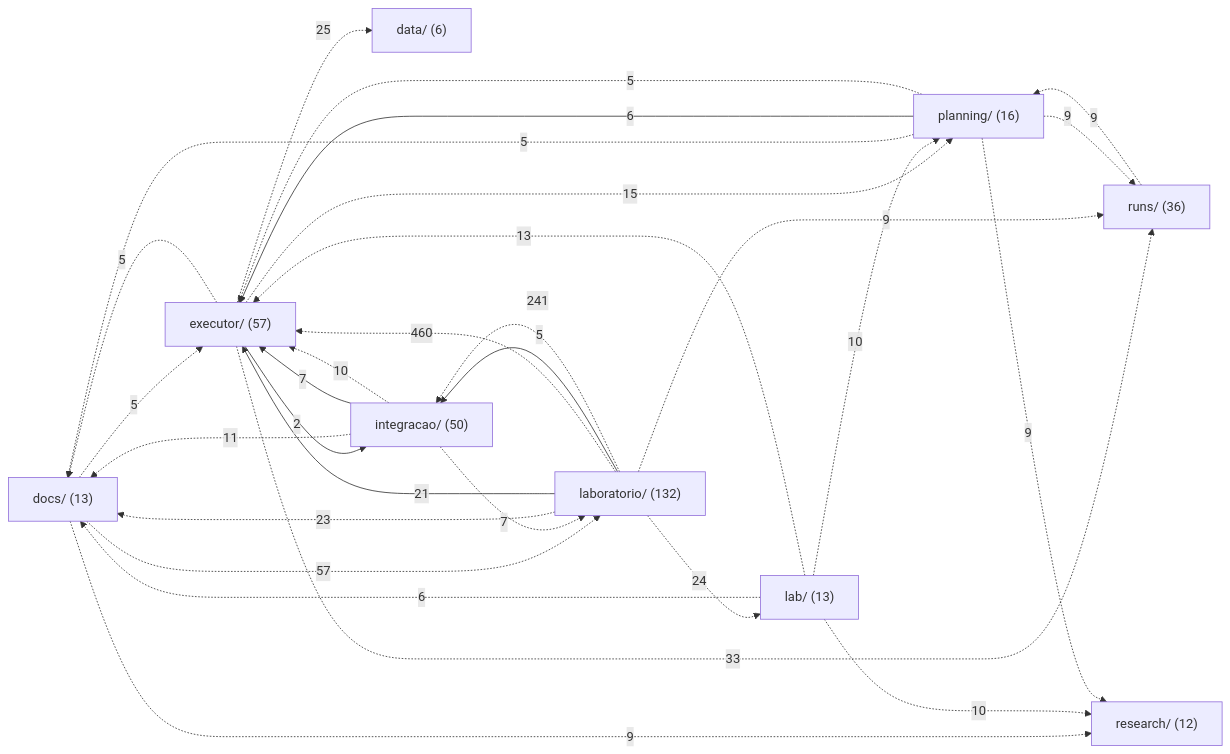
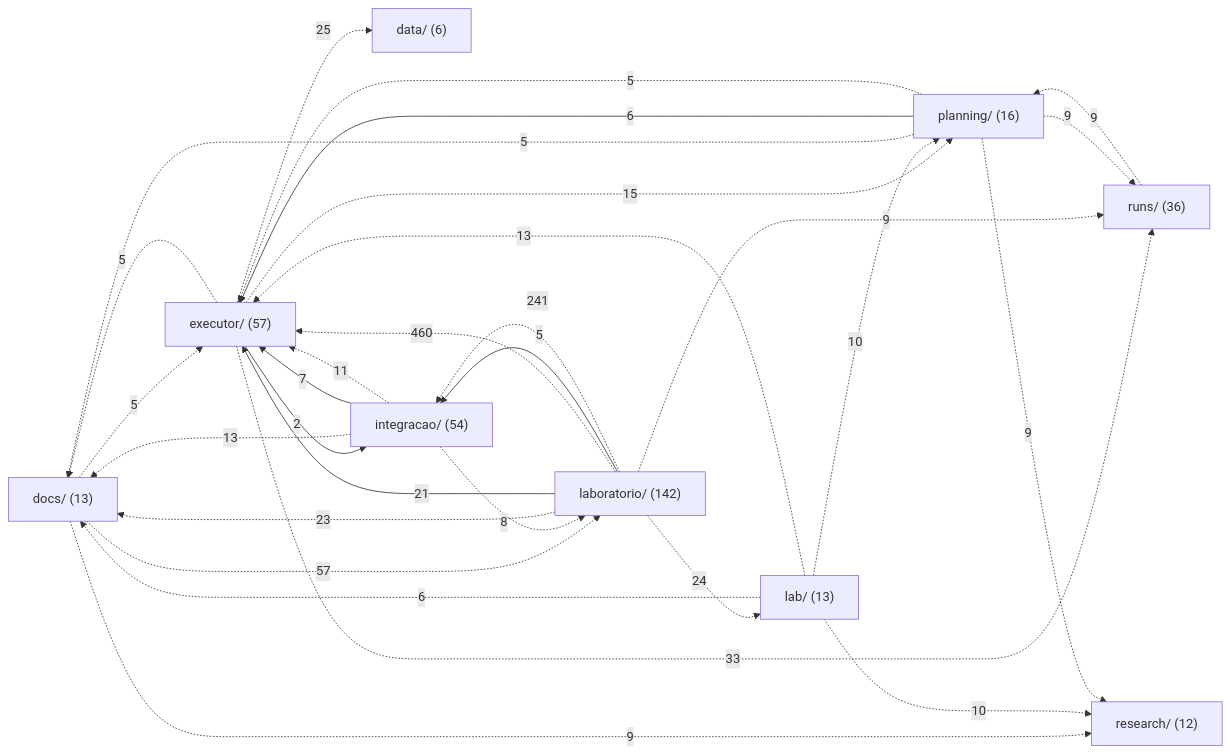
Before and after one commit to igormorais123/JEV: the second of 3 diagrams in MAPA.md, drawn with Mermaid. The commit also changed other lines of this file and 47 other files, not shown here.

````diff
--- a/MAPA.md
+++ b/MAPA.md
@@ -147,41 +152,41 @@
 ```mermaid
 flowchart LR
   n_data["data/ (6)"]
   n_docs["docs/ (13)"]
   n_executor["executor/ (57)"]
-  n_integracao["integracao/ (50)"]
+  n_integracao["integracao/ (54)"]
   n_lab["lab/ (13)"]
-  n_laboratorio["laboratorio/ (132)"]
+  n_laboratorio["laboratorio/ (142)"]
   n_planning["planning/ (16)"]
   n_research["research/ (12)"]
   n_runs["runs/ (36)"]
   n_docs -.->|5| n_executor
   n_docs -.->|57| n_laboratorio
   n_docs -.->|9| n_research
   n_executor -.->|25| n_data
   n_executor -.->|5| n_docs
   n_executor -->|2| n_integracao
   n_executor -.->|15| n_planning
   n_executor -.->|33| n_runs
-  n_integracao -.->|11| n_docs
+  n_integracao -.->|13| n_docs
   n_integracao -->|7| n_executor
-  n_integracao -.->|10| n_executor
-  n_integracao -.->|7| n_laboratorio
+  n_integracao -.->|11| n_executor
+  n_integracao -.->|8| n_laboratorio
   n_lab -.->|6| n_docs
   n_lab -.->|13| n_executor
   n_lab -.->|10| n_planning
   n_lab -.->|10| n_research
   n_laboratorio -.->|23| n_docs
   n_laboratorio -->|21| n_executor
   n_laboratorio -.->|460| n_executor
   n_laboratorio -->|5| n_integracao
   n_laboratorio -.->|241| n_integracao
   n_laboratorio -.->|24| n_lab
   n_laboratorio -.->|9| n_runs
   n_planning -.->|5| n_docs
   n_planning -->|6| n_executor
   n_planning -.->|5| n_executor
   n_planning -.->|9| n_research
   n_planning -.->|9| n_runs
   n_runs -.->|9| n_planning
 ```
````
